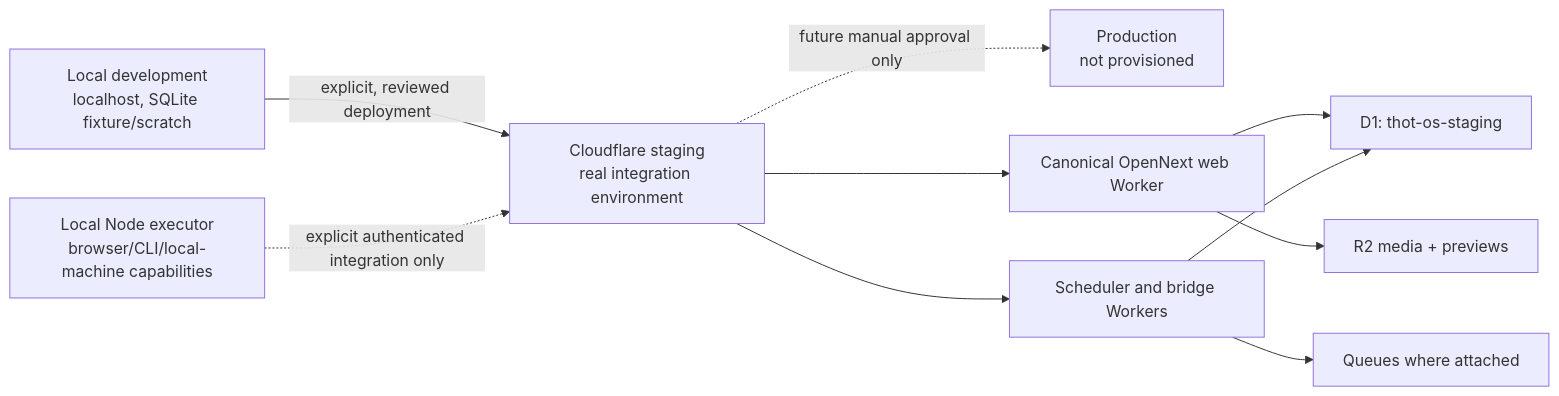
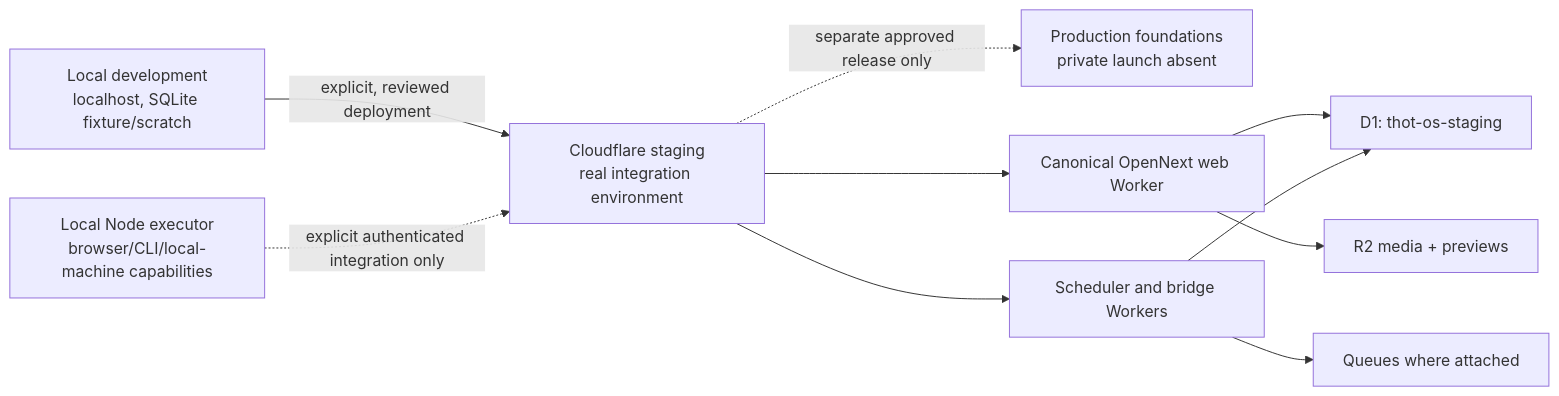
The first of 2 diagrams in docs/THOT_OS_DEPLOYMENT_ARCHITECTURE.md (ThrillNoir/creator-os), drawn with Mermaid before and after one commit. The commit also changed other lines of this file, not shown here.

Commit message:
Reconcile production foundation deployment documentation

````diff
--- a/docs/THOT_OS_DEPLOYMENT_ARCHITECTURE.md
+++ b/docs/THOT_OS_DEPLOYMENT_ARCHITECTURE.md
@@ -7,13 +9,13 @@
 ```mermaid
 flowchart LR
   L["Local development\nlocalhost, SQLite fixture/scratch"] -->|"explicit, reviewed deployment"| S["Cloudflare staging\nreal integration environment"]
-  S -. "future manual approval only" .-> P["Production\nnot provisioned"]
+  S -. "separate approved release only" .-> P["Production foundations\nprivate launch absent"]
 
   S --> W["Canonical OpenNext web Worker"]
   S --> X["Scheduler and bridge Workers"]
   W --> D["D1: thot-os-staging"]
   W --> R["R2 media + previews"]
   X --> D
   X --> Q["Queues where attached"]
   N["Local Node executor\nbrowser/CLI/local-machine capabilities"] -. "explicit authenticated integration only" .-> S
 ```
````
